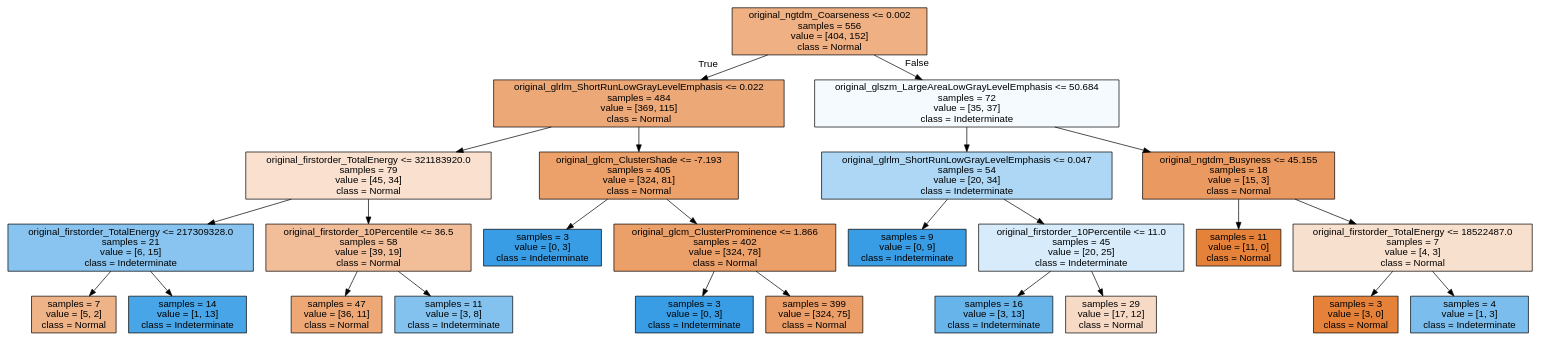
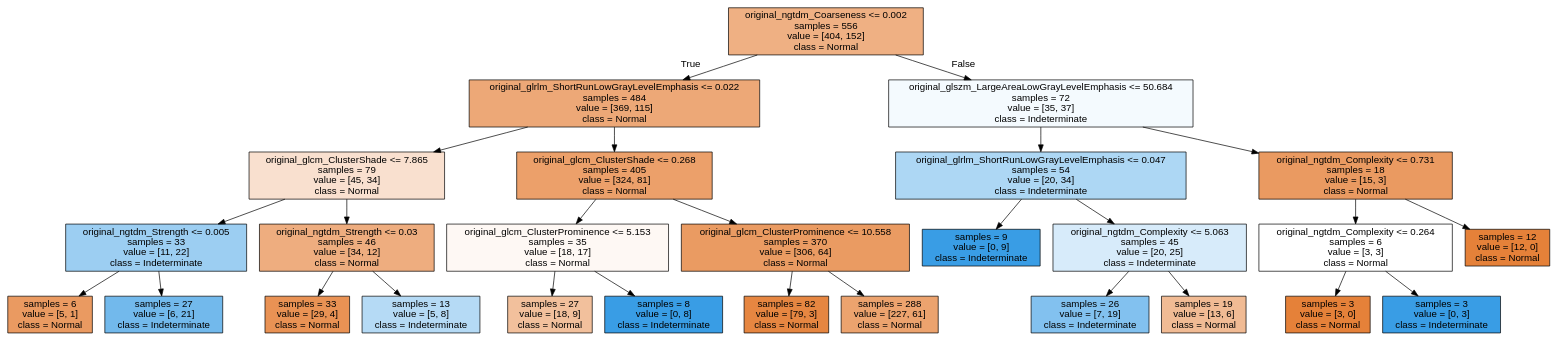
Before and after one commit to ricky-hu/kidney: the diagram in tree.dot, drawn with Graphviz. The commit also changed 10 other files, not shown here.

```diff
--- a/tree.dot
+++ b/tree.dot
@@ -1,53 +1,57 @@
 digraph Tree {
 node [shape=box, style="filled", color="black", fontname="helvetica"] ;
 edge [fontname="helvetica"] ;
 0 [label="original_ngtdm_Coarseness <= 0.002\nsamples = 556\nvalue = [404, 152]\nclass = Normal", fillcolor="#efb083"] ;
 1 [label="original_glrlm_ShortRunLowGrayLevelEmphasis <= 0.022\nsamples = 484\nvalue = [369, 115]\nclass = Normal", fillcolor="#eda877"] ;
 0 -> 1 [labeldistance=2.5, labelangle=45, headlabel="True"] ;
-2 [label="original_firstorder_TotalEnergy <= 321183920.0\nsamples = 79\nvalue = [45, 34]\nclass = Normal", fillcolor="#f9e0cf"] ;
+2 [label="original_glcm_ClusterShade <= 7.865\nsamples = 79\nvalue = [45, 34]\nclass = Normal", fillcolor="#f9e0cf"] ;
 1 -> 2 ;
-3 [label="original_firstorder_TotalEnergy <= 217309328.0\nsamples = 21\nvalue = [6, 15]\nclass = Indeterminate", fillcolor="#88c4ef"] ;
+3 [label="original_ngtdm_Strength <= 0.005\nsamples = 33\nvalue = [11, 22]\nclass = Indeterminate", fillcolor="#9ccef2"] ;
 2 -> 3 ;
-4 [label="samples = 7\nvalue = [5, 2]\nclass = Normal", fillcolor="#efb388"] ;
+4 [label="samples = 6\nvalue = [5, 1]\nclass = Normal", fillcolor="#ea9a61"] ;
 3 -> 4 ;
-5 [label="samples = 14\nvalue = [1, 13]\nclass = Indeterminate", fillcolor="#48a5e7"] ;
+5 [label="samples = 27\nvalue = [6, 21]\nclass = Indeterminate", fillcolor="#72b9ec"] ;
 3 -> 5 ;
-6 [label="original_firstorder_10Percentile <= 36.5\nsamples = 58\nvalue = [39, 19]\nclass = Normal", fillcolor="#f2be99"] ;
+6 [label="original_ngtdm_Strength <= 0.03\nsamples = 46\nvalue = [34, 12]\nclass = Normal", fillcolor="#eead7f"] ;
 2 -> 6 ;
-7 [label="samples = 47\nvalue = [36, 11]\nclass = Normal", fillcolor="#eda876"] ;
+7 [label="samples = 33\nvalue = [29, 4]\nclass = Normal", fillcolor="#e99254"] ;
 6 -> 7 ;
-8 [label="samples = 11\nvalue = [3, 8]\nclass = Indeterminate", fillcolor="#83c2ef"] ;
+8 [label="samples = 13\nvalue = [5, 8]\nclass = Indeterminate", fillcolor="#b5daf5"] ;
 6 -> 8 ;
-9 [label="original_glcm_ClusterShade <= -7.193\nsamples = 405\nvalue = [324, 81]\nclass = Normal", fillcolor="#eca06a"] ;
+9 [label="original_glcm_ClusterShade <= 0.268\nsamples = 405\nvalue = [324, 81]\nclass = Normal", fillcolor="#eca06a"] ;
 1 -> 9 ;
-10 [label="samples = 3\nvalue = [0, 3]\nclass = Indeterminate", fillcolor="#399de5"] ;
+10 [label="original_glcm_ClusterProminence <= 5.153\nsamples = 35\nvalue = [18, 17]\nclass = Normal", fillcolor="#fef8f4"] ;
 9 -> 10 ;
-11 [label="original_glcm_ClusterProminence <= 1.866\nsamples = 402\nvalue = [324, 78]\nclass = Normal", fillcolor="#eb9f69"] ;
-9 -> 11 ;
-12 [label="samples = 3\nvalue = [0, 3]\nclass = Indeterminate", fillcolor="#399de5"] ;
-11 -> 12 ;
-13 [label="samples = 399\nvalue = [324, 75]\nclass = Normal", fillcolor="#eb9e67"] ;
-11 -> 13 ;
-14 [label="original_glszm_LargeAreaLowGrayLevelEmphasis <= 50.684\nsamples = 72\nvalue = [35, 37]\nclass = Indeterminate", fillcolor="#f4fafe"] ;
-0 -> 14 [labeldistance=2.5, labelangle=-45, headlabel="False"] ;
-15 [label="original_glrlm_ShortRunLowGrayLevelEmphasis <= 0.047\nsamples = 54\nvalue = [20, 34]\nclass = Indeterminate", fillcolor="#add7f4"] ;
-14 -> 15 ;
-16 [label="samples = 9\nvalue = [0, 9]\nclass = Indeterminate", fillcolor="#399de5"] ;
-15 -> 16 ;
-17 [label="original_firstorder_10Percentile <= 11.0\nsamples = 45\nvalue = [20, 25]\nclass = Indeterminate", fillcolor="#d7ebfa"] ;
-15 -> 17 ;
-18 [label="samples = 16\nvalue = [3, 13]\nclass = Indeterminate", fillcolor="#67b4eb"] ;
+11 [label="samples = 27\nvalue = [18, 9]\nclass = Normal", fillcolor="#f2c09c"] ;
+10 -> 11 ;
+12 [label="samples = 8\nvalue = [0, 8]\nclass = Indeterminate", fillcolor="#399de5"] ;
+10 -> 12 ;
+13 [label="original_glcm_ClusterProminence <= 10.558\nsamples = 370\nvalue = [306, 64]\nclass = Normal", fillcolor="#ea9b62"] ;
+9 -> 13 ;
+14 [label="samples = 82\nvalue = [79, 3]\nclass = Normal", fillcolor="#e68641"] ;
+13 -> 14 ;
+15 [label="samples = 288\nvalue = [227, 61]\nclass = Normal", fillcolor="#eca36e"] ;
+13 -> 15 ;
+16 [label="original_glszm_LargeAreaLowGrayLevelEmphasis <= 50.684\nsamples = 72\nvalue = [35, 37]\nclass = Indeterminate", fillcolor="#f4fafe"] ;
+0 -> 16 [labeldistance=2.5, labelangle=-45, headlabel="False"] ;
+17 [label="original_glrlm_ShortRunLowGrayLevelEmphasis <= 0.047\nsamples = 54\nvalue = [20, 34]\nclass = Indeterminate", fillcolor="#add7f4"] ;
+16 -> 17 ;
+18 [label="samples = 9\nvalue = [0, 9]\nclass = Indeterminate", fillcolor="#399de5"] ;
 17 -> 18 ;
-19 [label="samples = 29\nvalue = [17, 12]\nclass = Normal", fillcolor="#f7dac5"] ;
+19 [label="original_ngtdm_Complexity <= 5.063\nsamples = 45\nvalue = [20, 25]\nclass = Indeterminate", fillcolor="#d7ebfa"] ;
 17 -> 19 ;
-20 [label="original_ngtdm_Busyness <= 45.155\nsamples = 18\nvalue = [15, 3]\nclass = Normal", fillcolor="#ea9a61"] ;
-14 -> 20 ;
-21 [label="samples = 11\nvalue = [11, 0]\nclass = Normal", fillcolor="#e58139"] ;
-20 -> 21 ;
-22 [label="original_firstorder_TotalEnergy <= 18522487.0\nsamples = 7\nvalue = [4, 3]\nclass = Normal", fillcolor="#f8e0ce"] ;
-20 -> 22 ;
-23 [label="samples = 3\nvalue = [3, 0]\nclass = Normal", fillcolor="#e58139"] ;
+20 [label="samples = 26\nvalue = [7, 19]\nclass = Indeterminate", fillcolor="#82c1ef"] ;
+19 -> 20 ;
+21 [label="samples = 19\nvalue = [13, 6]\nclass = Normal", fillcolor="#f1bb94"] ;
+19 -> 21 ;
+22 [label="original_ngtdm_Complexity <= 0.731\nsamples = 18\nvalue = [15, 3]\nclass = Normal", fillcolor="#ea9a61"] ;
+16 -> 22 ;
+23 [label="original_ngtdm_Complexity <= 0.264\nsamples = 6\nvalue = [3, 3]\nclass = Normal", fillcolor="#ffffff"] ;
 22 -> 23 ;
-24 [label="samples = 4\nvalue = [1, 3]\nclass = Indeterminate", fillcolor="#7bbeee"] ;
-22 -> 24 ;
+24 [label="samples = 3\nvalue = [3, 0]\nclass = Normal", fillcolor="#e58139"] ;
+23 -> 24 ;
+25 [label="samples = 3\nvalue = [0, 3]\nclass = Indeterminate", fillcolor="#399de5"] ;
+23 -> 25 ;
+26 [label="samples = 12\nvalue = [12, 0]\nclass = Normal", fillcolor="#e58139"] ;
+22 -> 26 ;
 }
```
